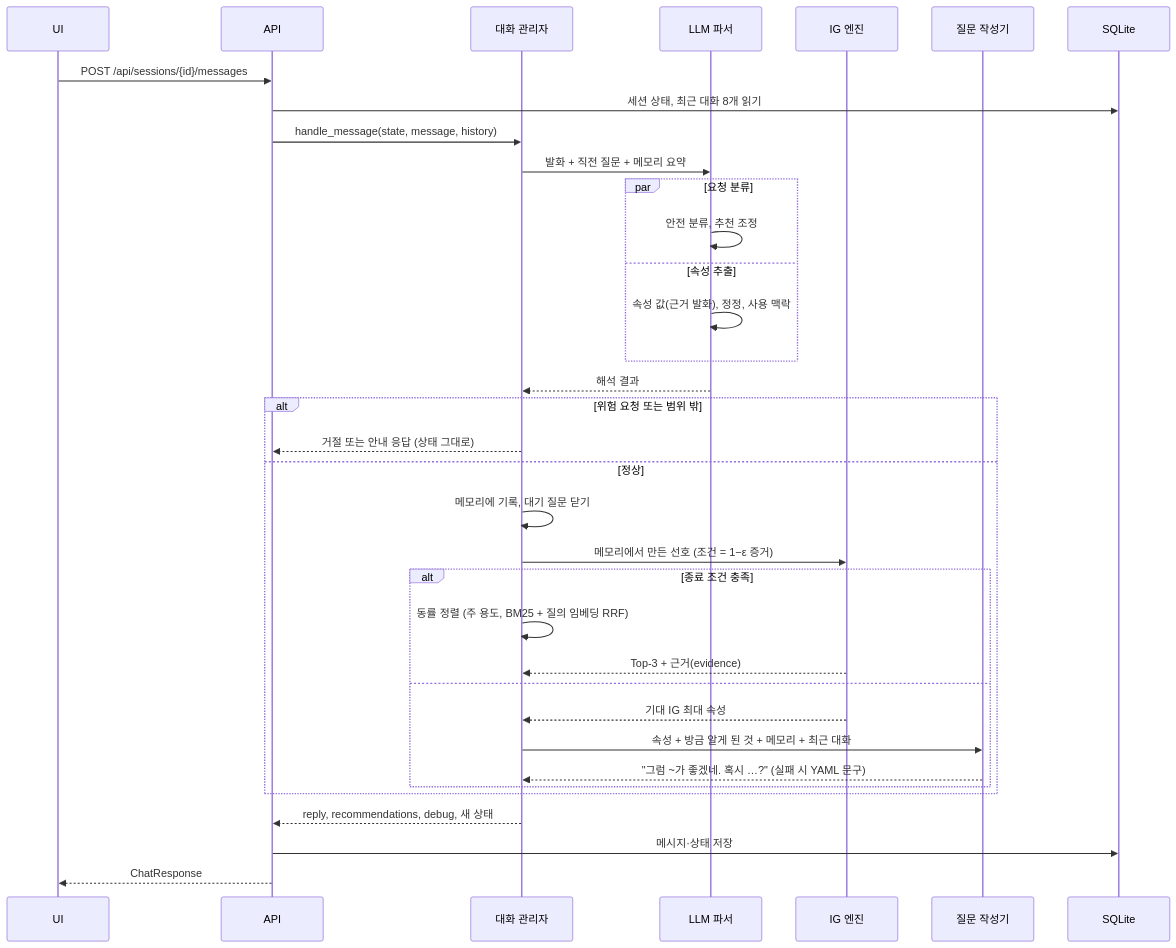
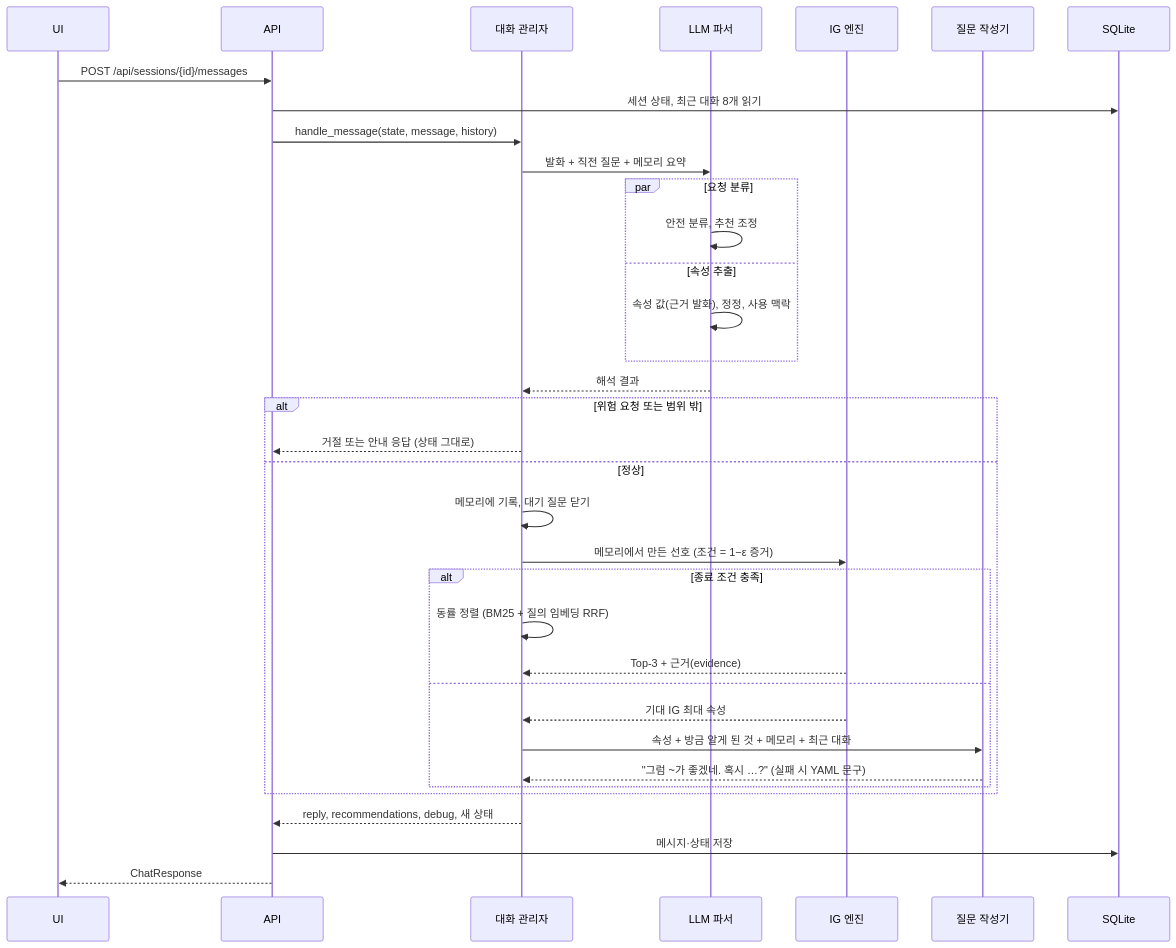
Before and after one commit to qazcdesnu/llm-hw2-demo: the second of 4 diagrams in docs/architecture.md, drawn with Mermaid. The commit also changed other lines of this file and 22 other files, not shown here.

````diff
--- a/docs/architecture.md
+++ b/docs/architecture.md
@@ -108,38 +108,38 @@
 ```mermaid
 sequenceDiagram
     participant U as UI
     participant A as API
     participant C as 대화 관리자
     participant P as LLM 파서
     participant E as IG 엔진
     participant W as 질문 작성기
     participant D as SQLite
 
     U->>A: POST /api/sessions/{id}/messages
     A->>D: 세션 상태, 최근 대화 8개 읽기
     A->>C: handle_message(state, message, history)
     C->>P: 발화 + 직전 질문 + 메모리 요약
     par 요청 분류
         P->>P: 안전 분류, 추천 조정
     and 속성 추출
         P->>P: 속성 값(근거 발화), 정정, 사용 맥락
     end
     P-->>C: 해석 결과
     alt 위험 요청 또는 범위 밖
         C-->>A: 거절 또는 안내 응답 (상태 그대로)
     else 정상
         C->>C: 메모리에 기록, 대기 질문 닫기
         C->>E: 메모리에서 만든 선호 (조건 = 1−ε 증거)
         alt 종료 조건 충족
-            C->>C: 동률 정렬 (주 용도, BM25 + 질의 임베딩 RRF)
+            C->>C: 동률 정렬 (BM25 + 질의 임베딩 RRF)
             E-->>C: Top-3 + 근거(evidence)
         else
             E-->>C: 기대 IG 최대 속성
             C->>W: 속성 + 방금 알게 된 것 + 메모리 + 최근 대화
             W-->>C: "그럼 ~가 좋겠네. 혹시 …?" (실패 시 YAML 문구)
         end
     end
     C-->>A: reply, recommendations, debug, 새 상태
     A->>D: 메시지·상태 저장
     A-->>U: ChatResponse
 ```
````
